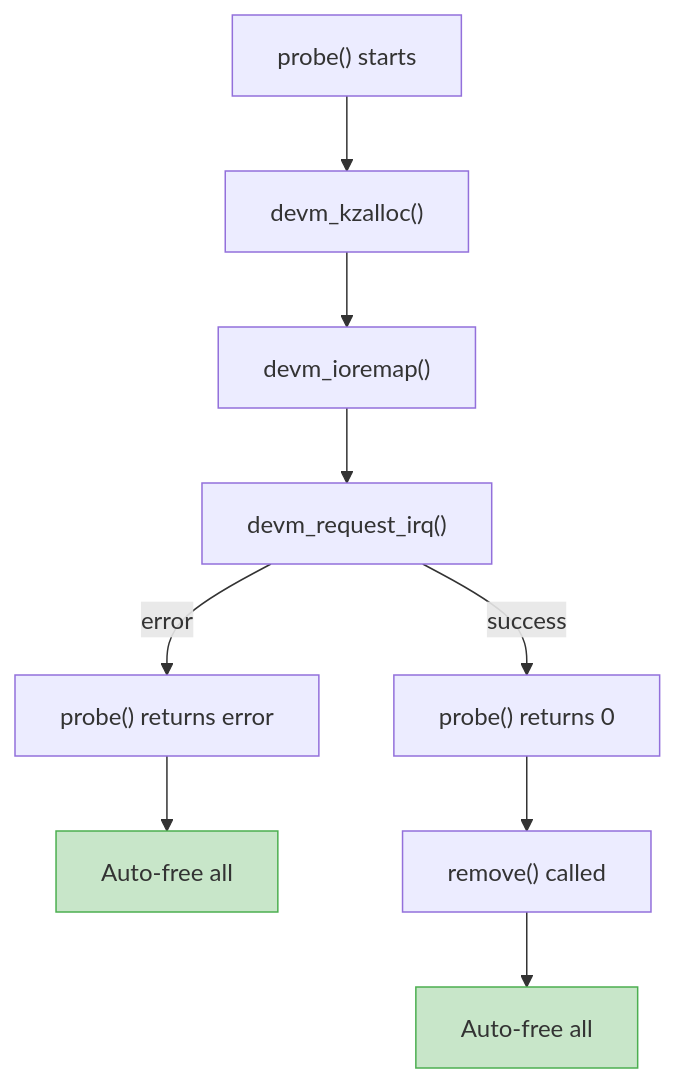
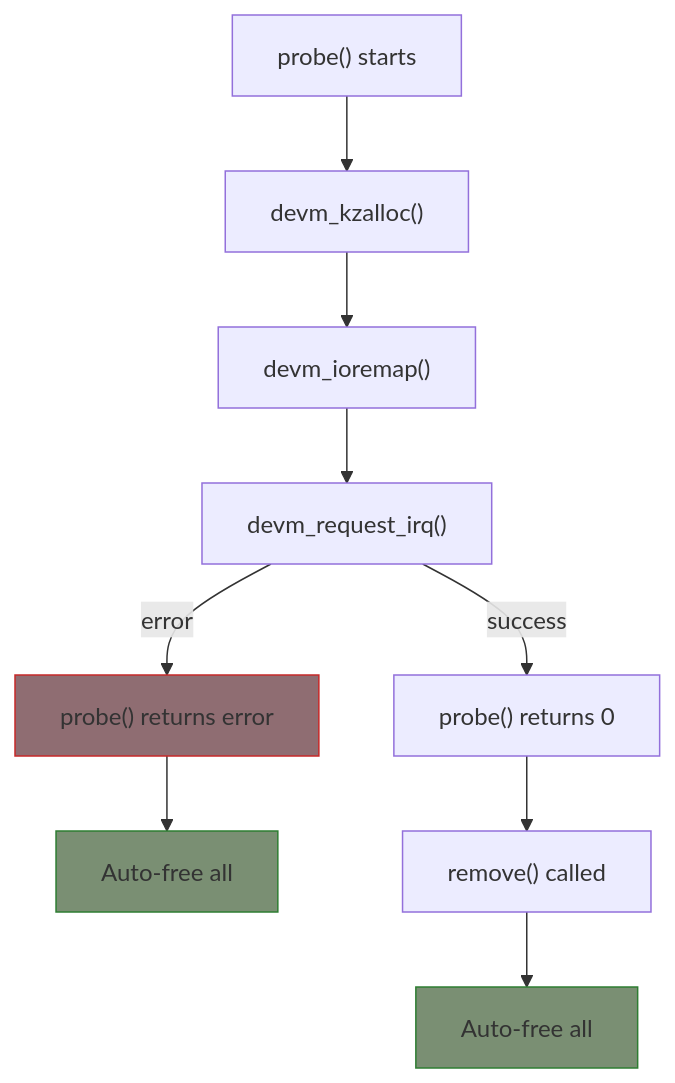
Before and after one commit to MichaelTien8901/linux-driver-guide-tutorial: the diagram in part6/05-devres.md, drawn with Mermaid. The commit also changed 36 other files, not shown here.

Commit message:
Fix mermaid diagram colors to use consistent paper-like theme

````diff
--- a/part6/05-devres.md
+++ b/part6/05-devres.md
@@ -100,24 +100,25 @@
 ```mermaid
 flowchart TD
     Probe["probe() starts"]
     Alloc1["devm_kzalloc()"]
     Alloc2["devm_ioremap()"]
     Alloc3["devm_request_irq()"]
     Success["probe() returns 0"]
     Error["probe() returns error"]
     Auto1["Auto-free all"]
     Remove["remove() called"]
     Auto2["Auto-free all"]
 
     Probe --> Alloc1
     Alloc1 --> Alloc2
     Alloc2 --> Alloc3
     Alloc3 -->|success| Success
     Alloc3 -->|error| Error
     Error --> Auto1
     Success --> Remove
     Remove --> Auto2
 
-    style Auto1 fill:#c8e6c9,stroke:#4caf50
-    style Auto2 fill:#c8e6c9,stroke:#4caf50
+    style Auto1 fill:#7a8f73,stroke:#2e7d32
+    style Auto2 fill:#7a8f73,stroke:#2e7d32
+    style Error fill:#8f6d72,stroke:#c62828
 ```
````
